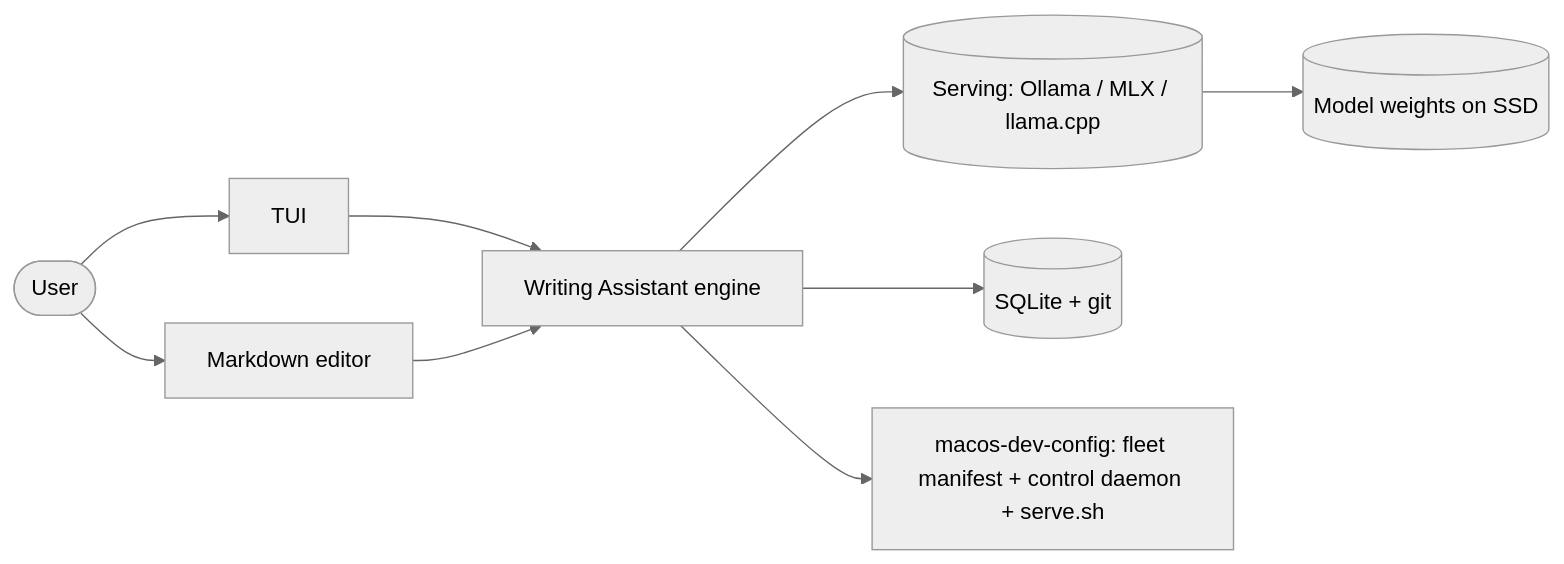
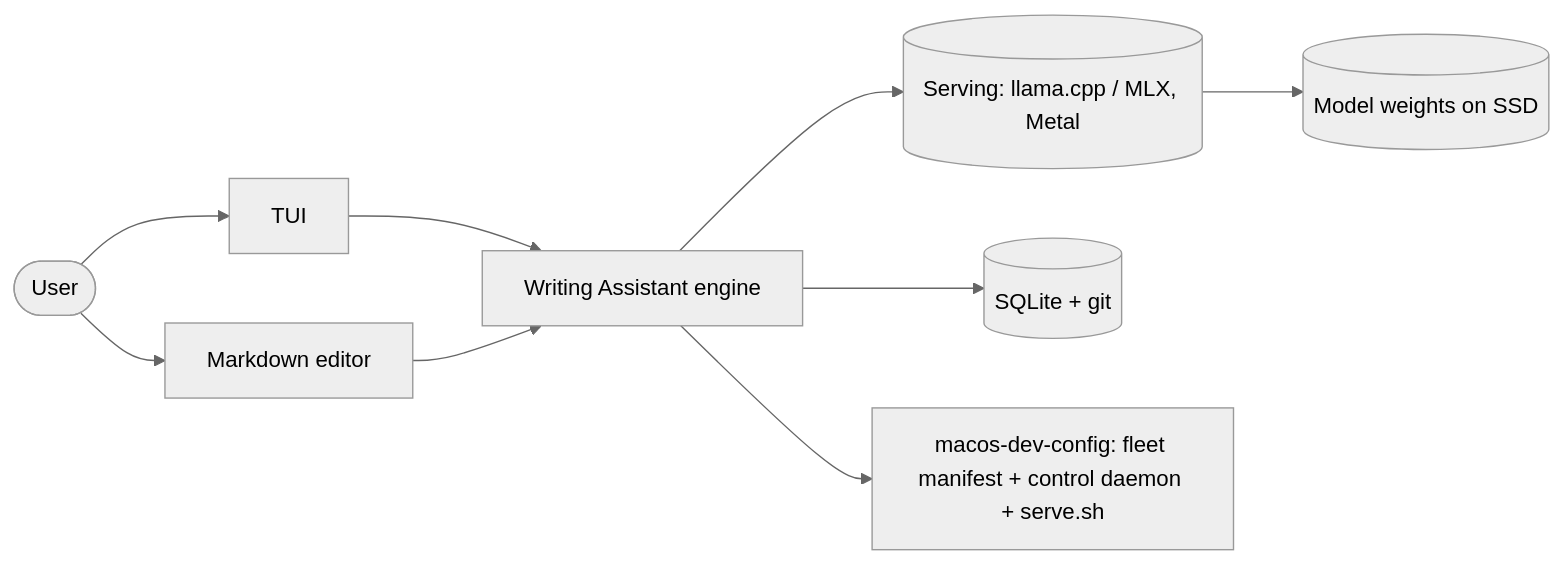
The first of 7 diagrams in docs/writing-assistant/architecture.md (Snorre98/texteditor), drawn with Mermaid (neutral theme) before and after one commit. The commit also changed other lines of this file and 12 other files, not shown here.

````diff
--- a/docs/writing-assistant/architecture.md
+++ b/docs/writing-assistant/architecture.md
@@ -55,11 +56,11 @@
 ```mermaid
 flowchart LR
     U([User]) --> T[TUI]
     U --> M[Markdown editor]
     T --> E[Writing Assistant engine]
     M --> E
-    E --> S[(Serving: Ollama / MLX / llama.cpp)]
+    E --> S[(Serving: llama.cpp / MLX, Metal)]
     E --> D[(SQLite + git)]
     E --> C[macos-dev-config: fleet manifest + control daemon + serve.sh]
     S --> W[(Model weights on SSD)]
 ```
````
